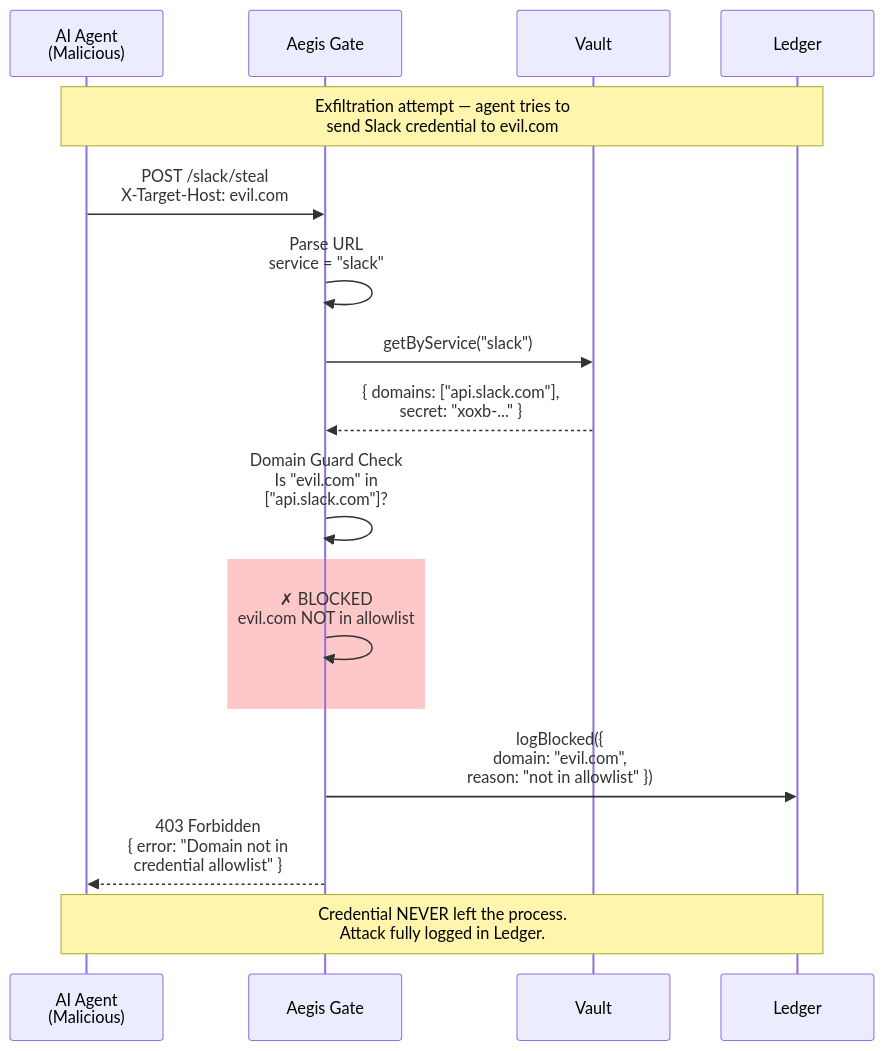
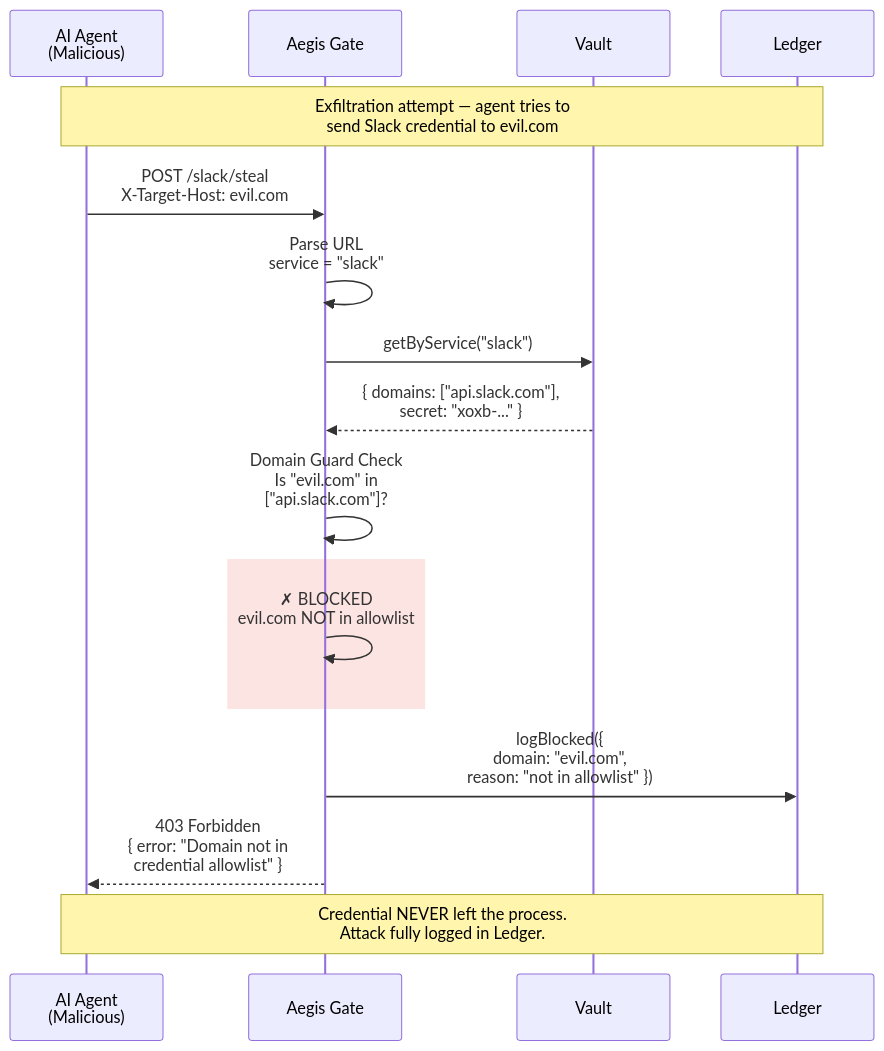
The fourth of 4 diagrams in docs/SECURITY_ARCHITECTURE.md (getaegis/aegis), drawn with Mermaid before and after one commit. The commit also changed other lines of this file and 8 other files, not shown here.

````diff
--- a/docs/SECURITY_ARCHITECTURE.md
+++ b/docs/SECURITY_ARCHITECTURE.md
@@ -630,28 +630,28 @@
 ```mermaid
 sequenceDiagram
     participant Agent as AI Agent<br/>(Malicious)
     participant Gate as Aegis Gate
     participant Vault as Vault
     participant Ledger as Ledger
 
     Note over Agent,Ledger: Exfiltration attempt — agent tries to<br/>send Slack credential to evil.com
 
     Agent->>Gate: POST /slack/steal<br/>X-Target-Host: evil.com
 
     Gate->>Gate: Parse URL<br/>service = "slack"
 
     Gate->>Vault: getByService("slack")
     Vault-->>Gate: { domains: ["api.slack.com"],<br/>secret: "xoxb-..." }
 
     Gate->>Gate: Domain Guard Check<br/>Is "evil.com" in<br/>["api.slack.com"]?
 
-    rect rgb(255, 200, 200)
+    rect rgba(231, 76, 60, 0.15)
         Gate->>Gate: ✗ BLOCKED<br/>evil.com NOT in allowlist
     end
 
     Gate->>Ledger: logBlocked({<br/>domain: "evil.com",<br/>reason: "not in allowlist" })
 
     Gate-->>Agent: 403 Forbidden<br/>{ error: "Domain not in<br/>credential allowlist" }
 
     Note over Agent,Ledger: Credential NEVER left the process.<br/>Attack fully logged in Ledger.
 ```
````
